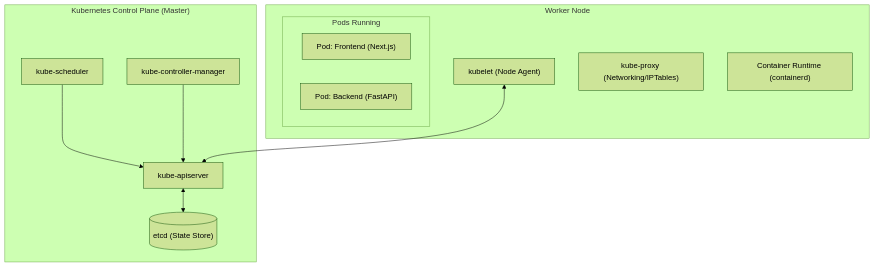
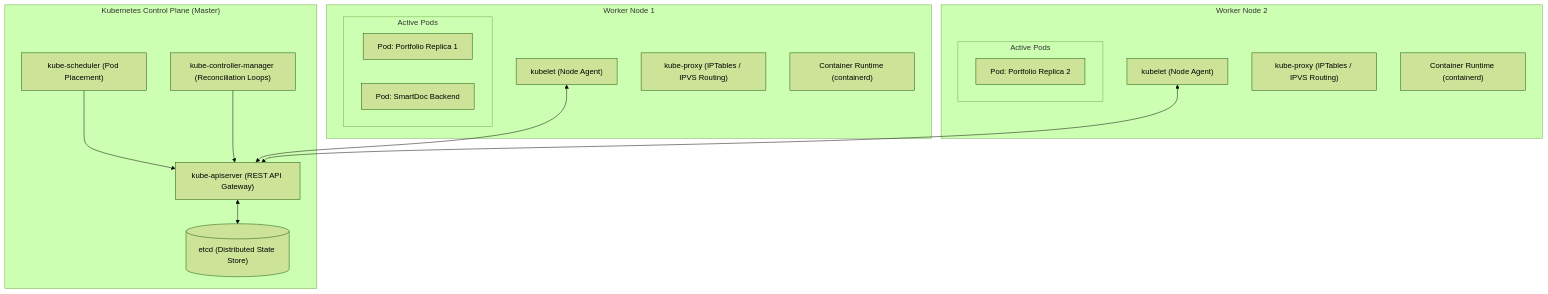
Before and after one commit to ZohaibHasan2280168/cloud-devops-guide: the diagram in 08-kubernetes-fundamentals/README.md, drawn with Mermaid (forest theme). The commit also changed other lines of this file, not shown here.

Commit message:
docs(k8s): add deep-dive networking, nodeport vs ingress architecture, minikube zero-network import, and production blueprints

````diff
--- a/08-kubernetes-fundamentals/README.md
+++ b/08-kubernetes-fundamentals/README.md
@@ -9,25 +9,36 @@
 ```mermaid
 graph TD
     subgraph Control_Plane ["Kubernetes Control Plane (Master)"]
-        APIServer["kube-apiserver"]
-        etcd[("etcd (State Store)")]
-        Scheduler["kube-scheduler"]
-        Controller["kube-controller-manager"]
+        APIServer["kube-apiserver (REST API Gateway)"]
+        etcd[("etcd (Distributed State Store)")]
+        Scheduler["kube-scheduler (Pod Placement)"]
+        Controller["kube-controller-manager (Reconciliation Loops)"]
     end
 
-    subgraph Worker_Node ["Worker Node"]
-        Kubelet["kubelet (Node Agent)"]
-        KubeProxy["kube-proxy (Networking/IPTables)"]
-        Containerd["Container Runtime (containerd)"]
+    subgraph Worker_Node_1 ["Worker Node 1"]
+        Kubelet1["kubelet (Node Agent)"]
+        KubeProxy1["kube-proxy (IPTables / IPVS Routing)"]
+        Containerd1["Container Runtime (containerd)"]
 
-        subgraph Pods ["Pods Running"]
-            Pod1["Pod: Frontend (Next.js)"]
-            Pod2["Pod: Backend (FastAPI)"]
+        subgraph Pods1 ["Active Pods"]
+            Pod1["Pod: Portfolio Replica 1"]
+            Pod2["Pod: SmartDoc Backend"]
+        end
+    end
+
+    subgraph Worker_Node_2 ["Worker Node 2"]
+        Kubelet2["kubelet (Node Agent)"]
+        KubeProxy2["kube-proxy (IPTables / IPVS Routing)"]
+        Containerd2["Container Runtime (containerd)"]
+
+        subgraph Pods2 ["Active Pods"]
+            Pod3["Pod: Portfolio Replica 2"]
         end
     end
 
     APIServer <--> etcd
     Scheduler --> APIServer
     Controller --> APIServer
-    Kubelet <--> APIServer
+    Kubelet1 <--> APIServer
+    Kubelet2 <--> APIServer
 ```
````
